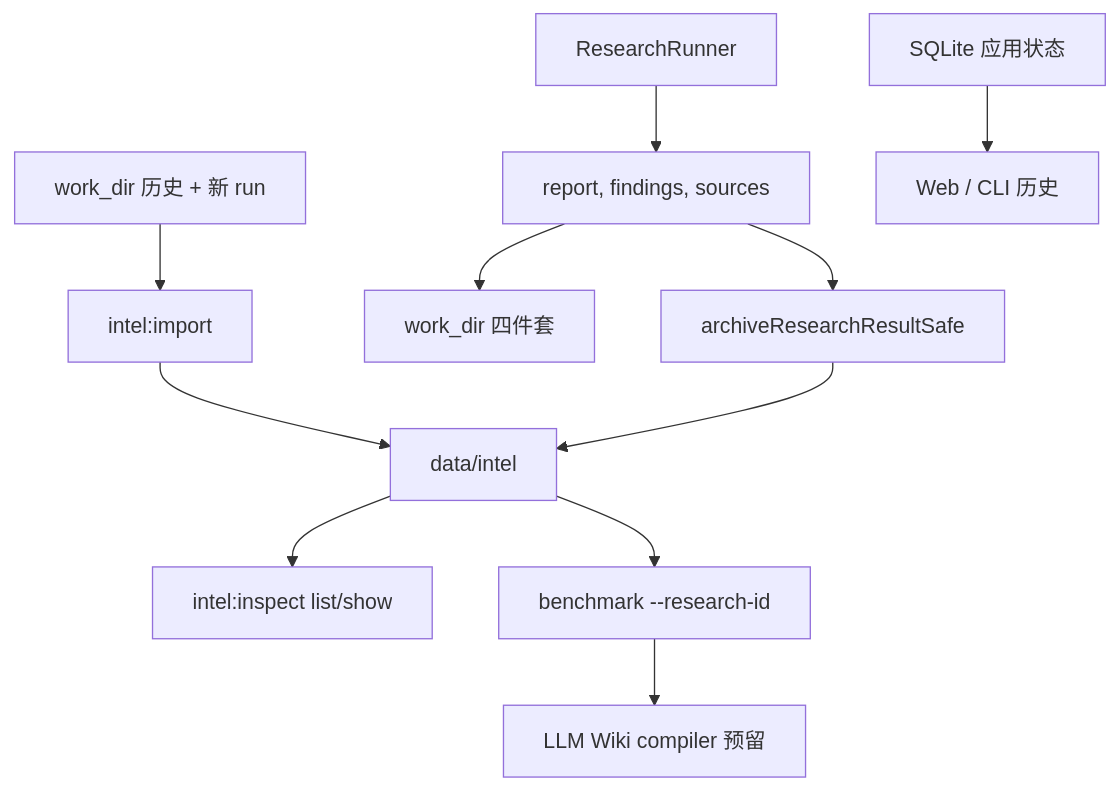
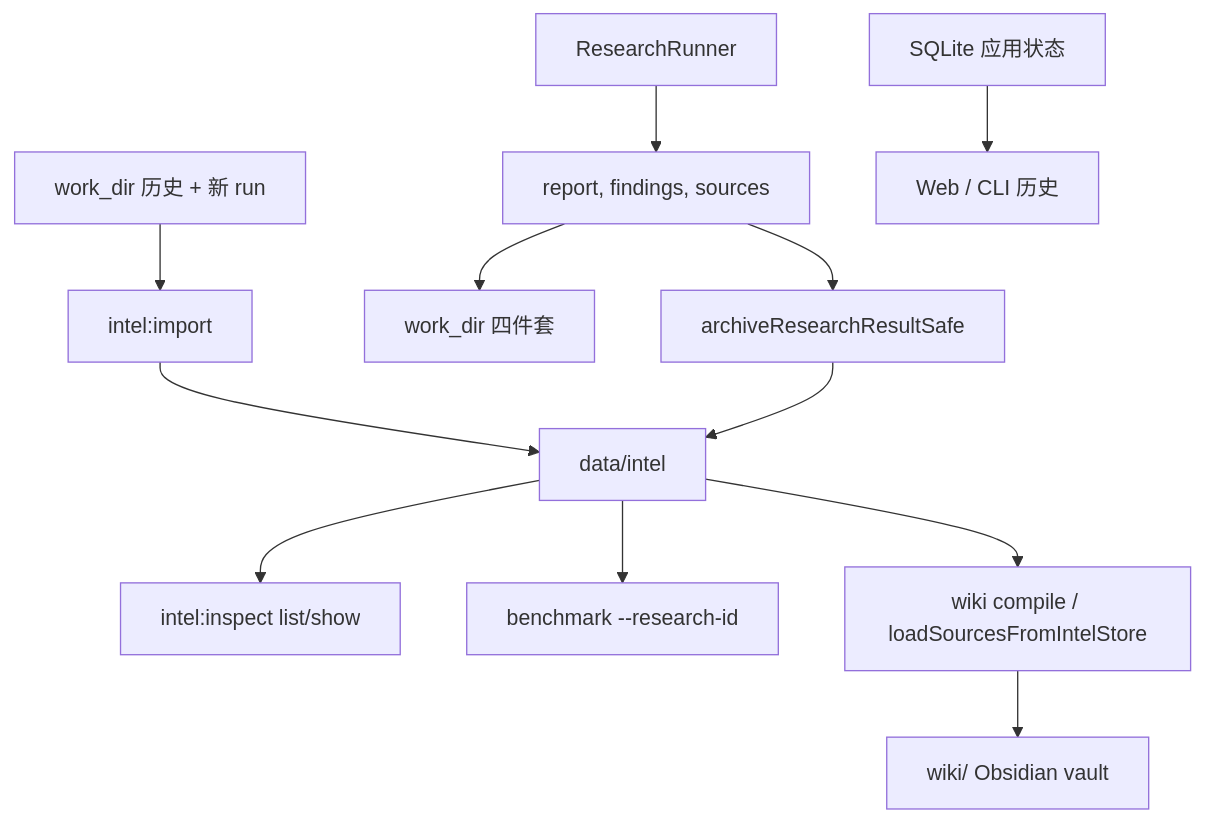
Before and after one commit to imjszhang/js-deepresearch-agent: the diagram in journal/2026-05-26/js-intel-store-integration.md, drawn with Mermaid. The commit also changed other lines of this file and 10 other files, not shown here.

First line of the commit message:
Enhance js-intel-store integration with inline report support and upgrade functionality

````diff
--- a/journal/2026-05-26/js-intel-store-integration.md
+++ b/journal/2026-05-26/js-intel-store-integration.md
@@ -80,13 +80,14 @@
 ```mermaid
 flowchart TD
   WorkDir["work_dir 历史 + 新 run"] --> Importer["intel:import"]
   Runner["ResearchRunner"] --> Result["report, findings, sources"]
   Result --> WorkDirNew["work_dir 四件套"]
   Result --> Archive["archiveResearchResultSafe"]
   Importer --> Intel["data/intel"]
   Archive --> Intel
   Intel --> Inspect["intel:inspect list/show"]
   Intel --> Bench["benchmark --research-id"]
-  Bench --> Wiki["LLM Wiki compiler 预留"]
+  Intel --> Wiki["wiki compile / loadSourcesFromIntelStore"]
+  Wiki --> Vault["wiki/ Obsidian vault"]
   SQLite["SQLite 应用状态"] --> UI["Web / CLI 历史"]
 ```
````
